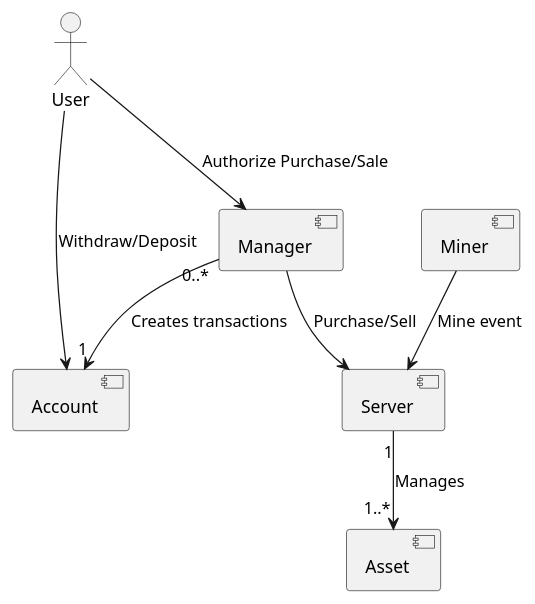
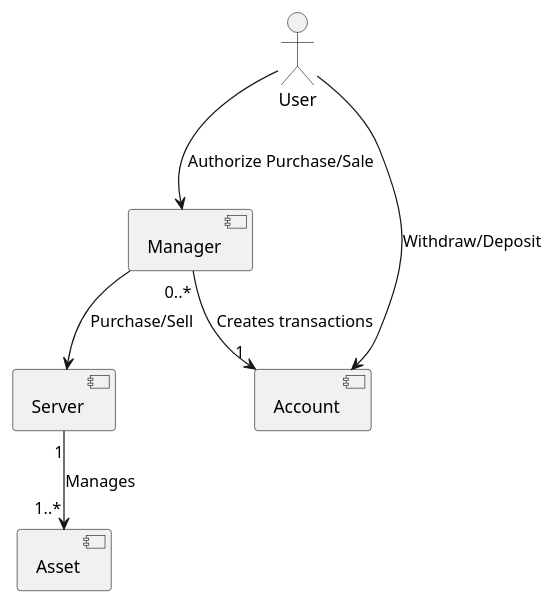
One commit to Avantika019-sys/APK-Bank-system changed the first of 2 diagrams in report.md. Above: the diagram before and after it, drawn with PlantUML. The commit also changed other lines of this file and 8 other files, not shown here.

````diff
--- a/report.md
+++ b/report.md
@@ -42,20 +41,18 @@
 ```plantuml
 @startuml
 actor User
 ' Define components
     [Manager] 
     [Account]
     [Server]
-    [Miner]
     [Asset]
 
 ' Define relationships
 Manager --> Server : Purchase/Sell
 Manager"0..*" --> "1"Account : Creates transactions
 Server"1" -->"1..*" Asset : Manages 
-Miner --> Server : Mine event
 User --> Account : Withdraw/Deposit
 User --> Manager : Authorize Purchase/Sale
 
 @enduml
 ```
````
